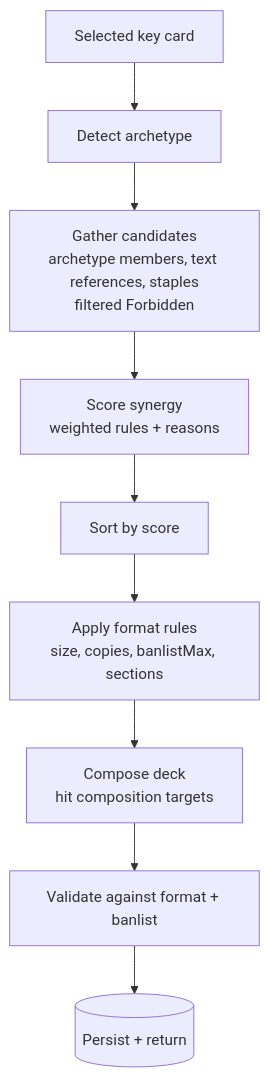
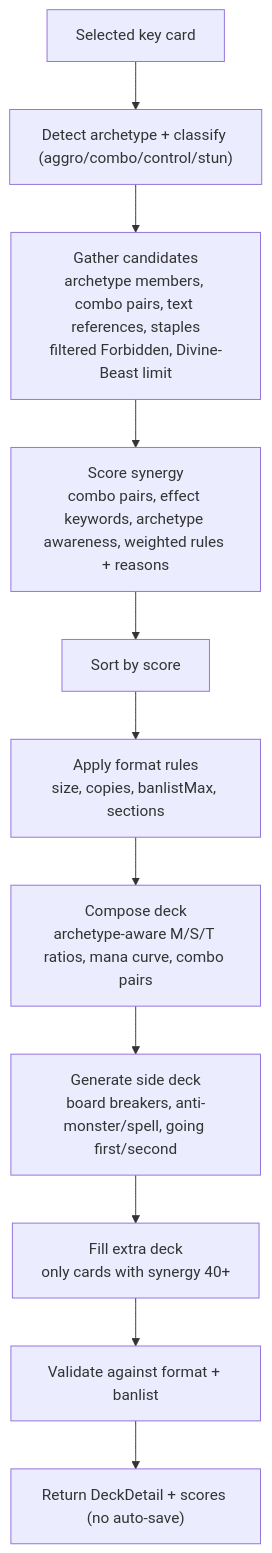
One commit to randitorizkypratama/DeckMaker changed the third of 3 diagrams in README.md. Above: the diagram before and after it, drawn with Mermaid. The commit also changed other lines of this file, not shown here.

````diff
--- a/README.md
+++ b/README.md
@@ -142,11 +167,13 @@
 ```mermaid
 flowchart TD
-    Key["Selected key card"] --> Arch["Detect archetype"]
-    Arch --> Gather["Gather candidates<br/>archetype members, text references, staples<br/>filtered Forbidden"]
-    Gather --> Score["Score synergy<br/>weighted rules + reasons"]
+    Key["Selected key card"] --> Arch["Detect archetype + classify (aggro/combo/control/stun)"]
+    Arch --> Gather["Gather candidates<br/>archetype members, combo pairs, text references, staples<br/>filtered Forbidden, Divine-Beast limit"]
+    Gather --> Score["Score synergy<br/>combo pairs, effect keywords, archetype awareness, weighted rules + reasons"]
     Score --> Sort["Sort by score"]
     Sort --> Rules["Apply format rules<br/>size, copies, banlistMax, sections"]
-    Rules --> Compose["Compose deck<br/>hit composition targets"]
-    Compose --> Validate["Validate against format + banlist"]
-    Validate --> Persist[("Persist + return")]
+    Rules --> Compose["Compose deck<br/>archetype-aware M/S/T ratios, mana curve, combo pairs"]
+    Compose --> Side["Generate side deck<br/>board breakers, anti-monster/spell, going first/second"]
+    Side --> Extra["Fill extra deck<br/>only cards with synergy 40+"]
+    Extra --> Validate["Validate against format + banlist"]
+    Validate --> Return["Return DeckDetail + scores (no auto-save)"]
 ```
````
